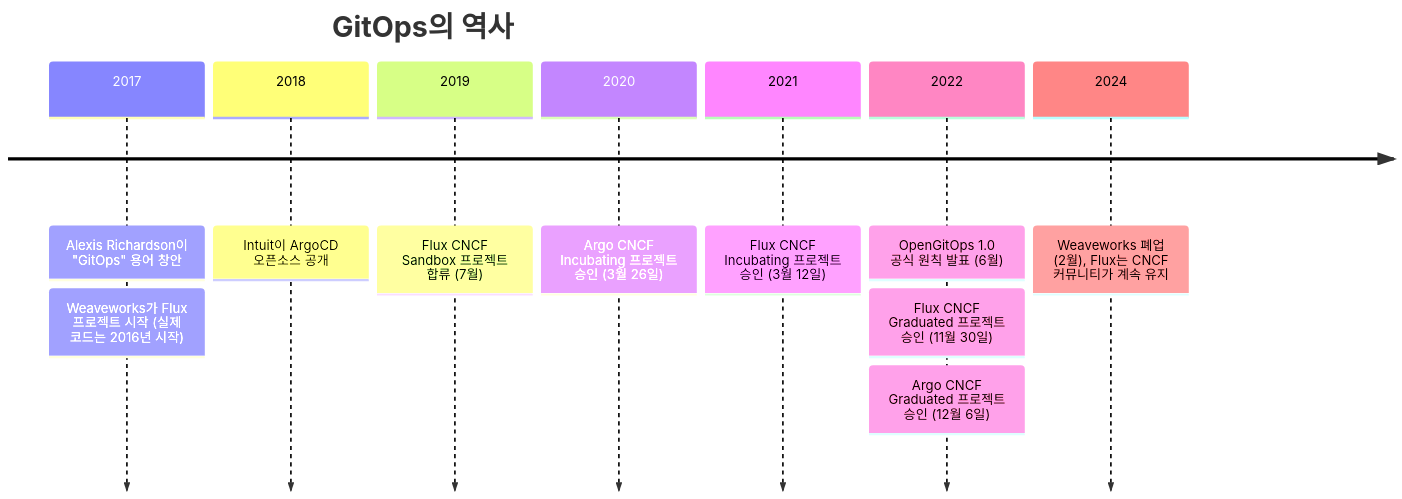
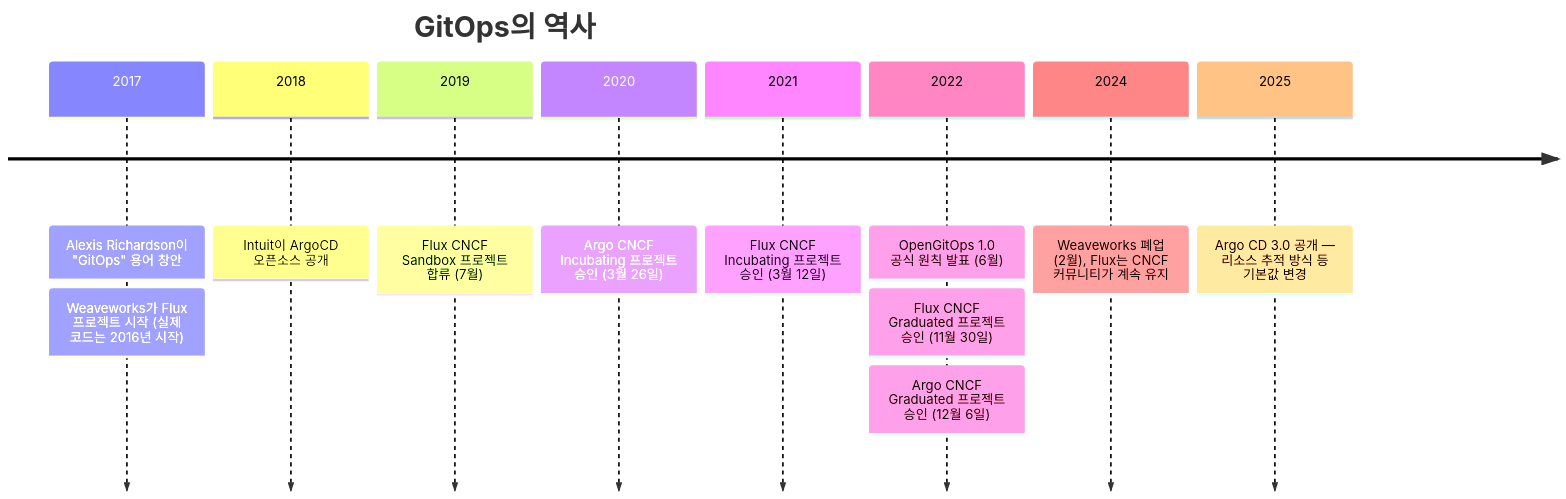
The second of 12 diagrams in devops/GitOps-Git을-Single-Source-of-Truth로-삼는-운영-모델.md (sskim91/TIL), drawn with Mermaid before and after one commit. The commit also changed other lines of this file and 1 other file, not shown here.

````diff
--- a/devops/GitOps-Git을-Single-Source-of-Truth로-삼는-운영-모델.md
+++ b/devops/GitOps-Git을-Single-Source-of-Truth로-삼는-운영-모델.md
@@ -125,14 +178,15 @@
 ```mermaid
 timeline
     title GitOps의 역사
     2017 : Alexis Richardson이 "GitOps" 용어 창안
          : Weaveworks가 Flux 프로젝트 시작 (실제 코드는 2016년 시작)
     2018 : Intuit이 ArgoCD 오픈소스 공개
     2019 : Flux CNCF Sandbox 프로젝트 합류 (7월)
     2020 : Argo CNCF Incubating 프로젝트 승인 (3월 26일)
     2021 : Flux CNCF Incubating 프로젝트 승인 (3월 12일)
     2022 : OpenGitOps 1.0 공식 원칙 발표 (6월)
          : Flux CNCF Graduated 프로젝트 승인 (11월 30일)
          : Argo CNCF Graduated 프로젝트 승인 (12월 6일)
     2024 : Weaveworks 폐업 (2월), Flux는 CNCF 커뮤니티가 계속 유지
+    2025 : Argo CD 3.0 공개 — 리소스 추적 방식 등 기본값 변경
 ```
````
